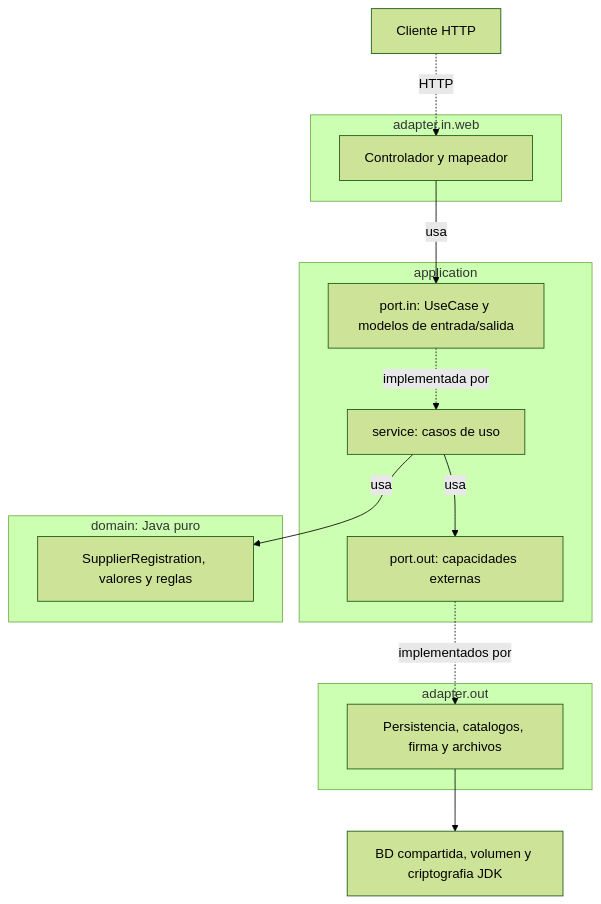
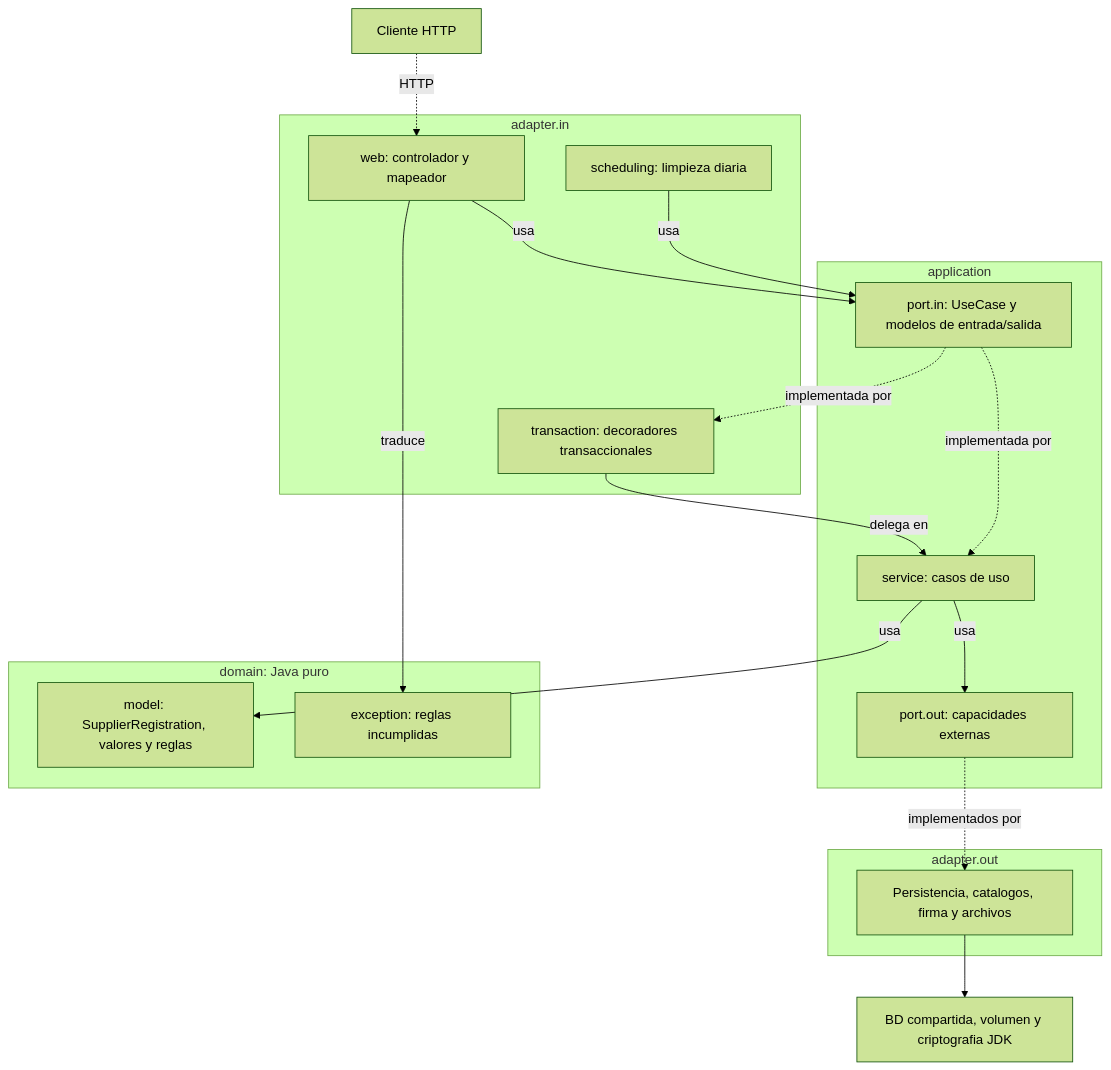
The first of 2 diagrams in specs/architecture/architecture.md (fredkor/ai-ssd-registro-proveedores), drawn with Mermaid (forest theme) before and after one commit. The commit also changed other lines of this file and 1 other file, not shown here.

First line of the commit message:
design: diagramas sincronizados con la implementación

````diff
--- a/specs/architecture/architecture.md
+++ b/specs/architecture/architecture.md
@@ -44,27 +44,34 @@
 ```mermaid
 flowchart TB
     CLIENT["Cliente HTTP"]
-    subgraph IN["adapter.in.web"]
-        WEB["Controlador y mapeador"]
+    subgraph IN["adapter.in"]
+        WEB["web: controlador y mapeador"]
+        TX["transaction: decoradores transaccionales"]
+        SCHED["scheduling: limpieza diaria"]
     end
     subgraph APP["application"]
         INPUT["port.in: UseCase y modelos de entrada/salida"]
         SERVICE["service: casos de uso"]
         OUTPUT["port.out: capacidades externas"]
     end
     subgraph DOMAIN["domain: Java puro"]
-        MODEL["SupplierRegistration, valores y reglas"]
+        MODEL["model: SupplierRegistration, valores y reglas"]
+        EXCEPTION["exception: reglas incumplidas"]
     end
     subgraph OUT["adapter.out"]
         ADAPTER["Persistencia, catalogos, firma y archivos"]
     end
     INFRA["BD compartida, volumen y criptografia JDK"]
 
     CLIENT -. HTTP .-> WEB
     WEB -->|usa| INPUT
+    WEB -->|traduce| EXCEPTION
+    SCHED -->|usa| INPUT
+    INPUT -. implementada por .-> TX
+    TX -->|delega en| SERVICE
     INPUT -. implementada por .-> SERVICE
     SERVICE -->|usa| MODEL
     SERVICE -->|usa| OUTPUT
     OUTPUT -. implementados por .-> ADAPTER
     ADAPTER --> INFRA
 ```
````
